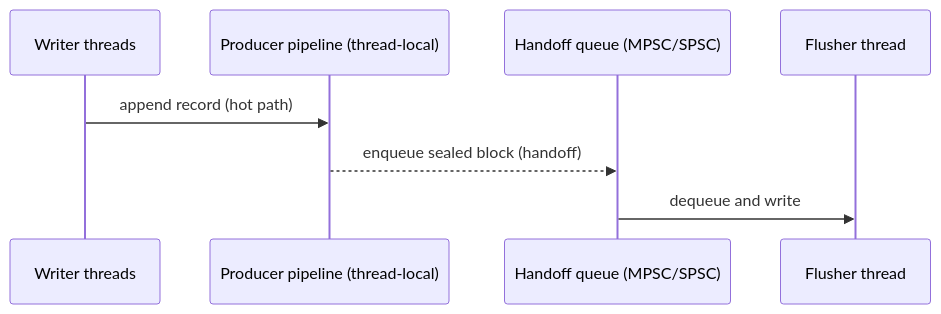
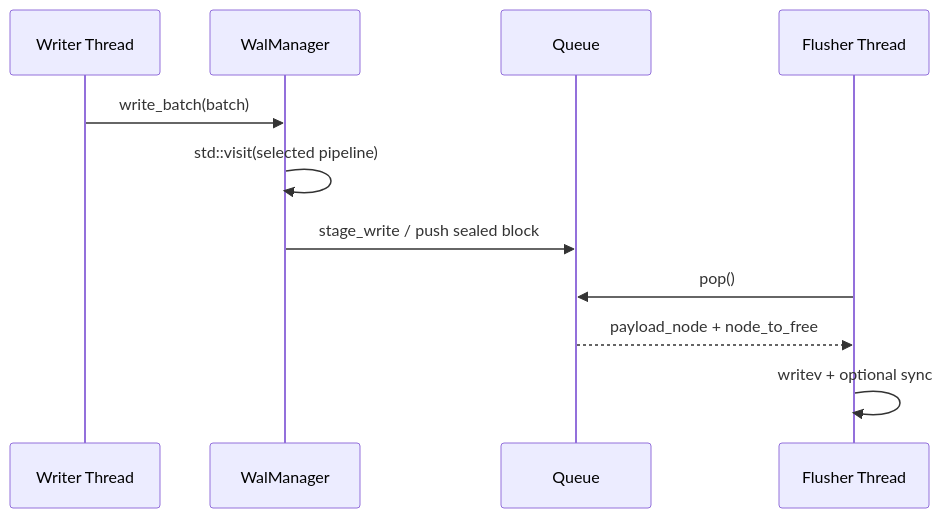
The second of 2 diagrams in docs/architecture/09-wal-concurrency.md (ankitkr-04/strata-db), drawn with Mermaid before and after one commit. The commit also changed other lines of this file and 11 other files, not shown here.

````diff
--- a/docs/architecture/09-wal-concurrency.md
+++ b/docs/architecture/09-wal-concurrency.md
@@ -27,11 +42,14 @@
 ```mermaid
 sequenceDiagram
-    participant W as Writer threads
-    participant P as Producer pipeline (thread-local)
-    participant Q as Handoff queue (MPSC/SPSC)
-    participant F as Flusher thread
+  participant W as Writer Thread
+  participant M as WalManager
+  participant Q as Queue
+  participant F as Flusher Thread
 
-    W->>P: append record (hot path)
-    P-->>Q: enqueue sealed block (handoff)
-    Q->>F: dequeue and write
+  W->>M: write_batch(batch)
+  M->>M: std::visit(selected pipeline)
+  M->>Q: stage_write / push sealed block
+  F->>Q: pop()
+  Q-->>F: payload_node + node_to_free
+  F->>F: writev + optional sync
 ```
````
